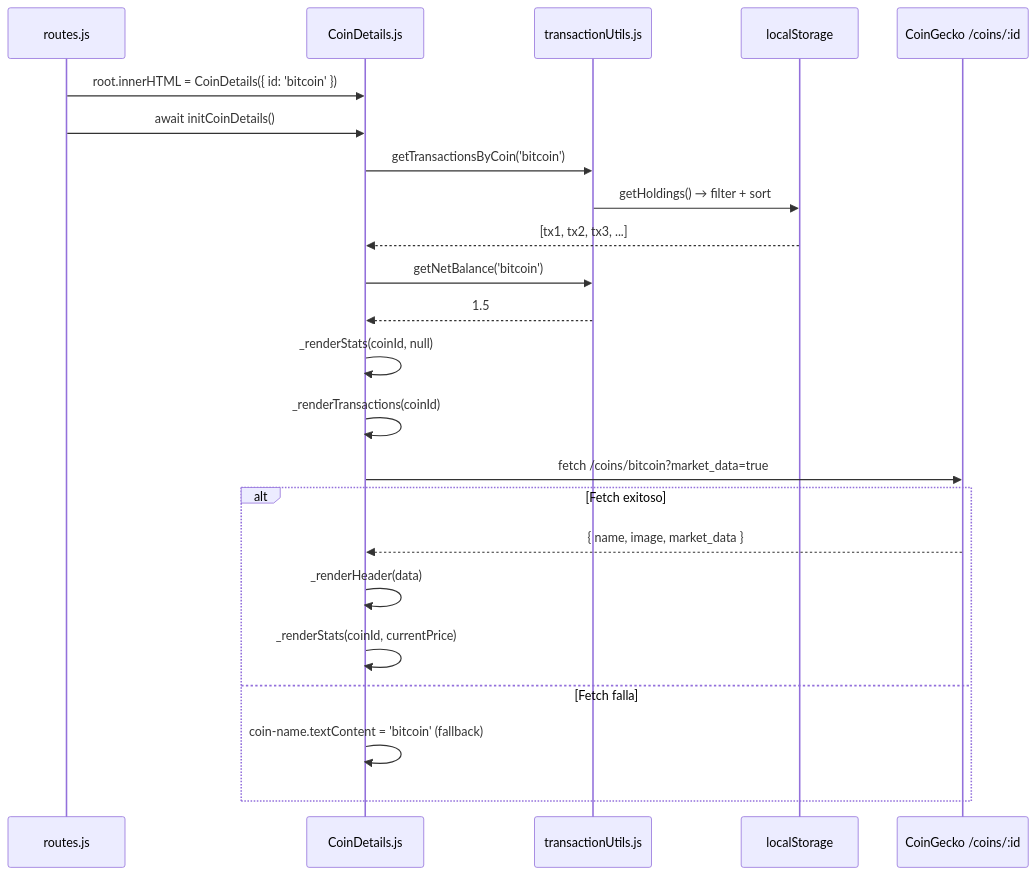
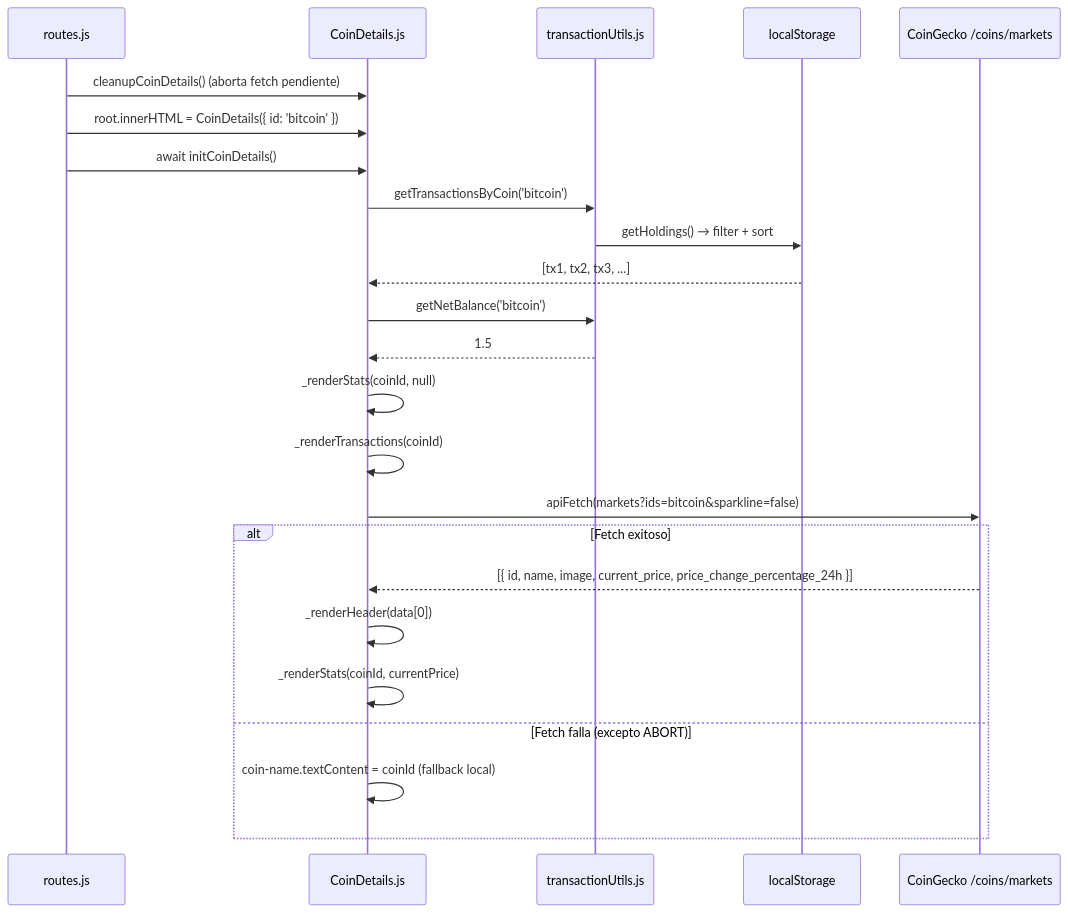
The diagram in docs/decisions/026-coin-details-historial-transacciones.md (EdGonzz/caletaJS), drawn with Mermaid before and after one commit. The commit also changed other lines of this file and 6 other files, not shown here.

````diff
--- a/docs/decisions/026-coin-details-historial-transacciones.md
+++ b/docs/decisions/026-coin-details-historial-transacciones.md
@@ -69,26 +142,27 @@
 ```mermaid
 sequenceDiagram
     participant Router as routes.js
     participant CD as CoinDetails.js
     participant TU as transactionUtils.js
     participant LS as localStorage
-    participant API as CoinGecko /coins/:id
+    participant API as CoinGecko /coins/markets
 
+    Router->>CD: cleanupCoinDetails() (aborta fetch pendiente)
     Router->>CD: root.innerHTML = CoinDetails({ id: 'bitcoin' })
     Router->>CD: await initCoinDetails()
     CD->>TU: getTransactionsByCoin('bitcoin')
     TU->>LS: getHoldings() → filter + sort
     LS-->>CD: [tx1, tx2, tx3, ...]
     CD->>TU: getNetBalance('bitcoin')
     TU-->>CD: 1.5
     CD->>CD: _renderStats(coinId, null)
     CD->>CD: _renderTransactions(coinId)
-    CD->>API: fetch /coins/bitcoin?market_data=true
+    CD->>API: apiFetch(markets?ids=bitcoin&sparkline=false)
     alt Fetch exitoso
-        API-->>CD: { name, image, market_data }
-        CD->>CD: _renderHeader(data)
+        API-->>CD: [{ id, name, image, current_price, price_change_percentage_24h }]
+        CD->>CD: _renderHeader(data[0])
         CD->>CD: _renderStats(coinId, currentPrice)
-    else Fetch falla
-        CD->>CD: coin-name.textContent = 'bitcoin' (fallback)
+    else Fetch falla (excepto ABORT)
+        CD->>CD: coin-name.textContent = coinId (fallback local)
     end
 ```
````
